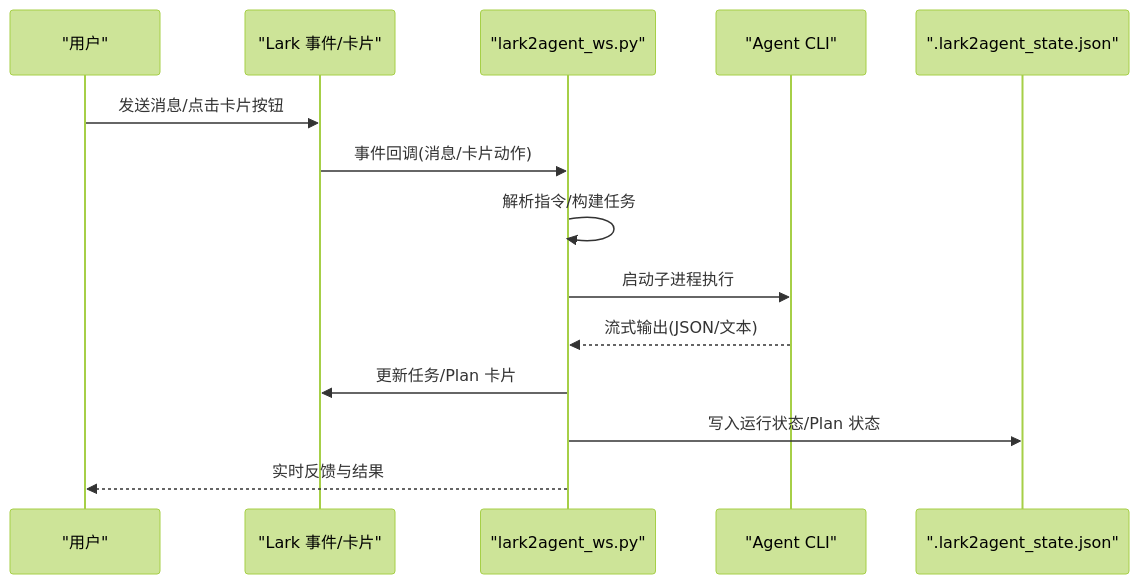
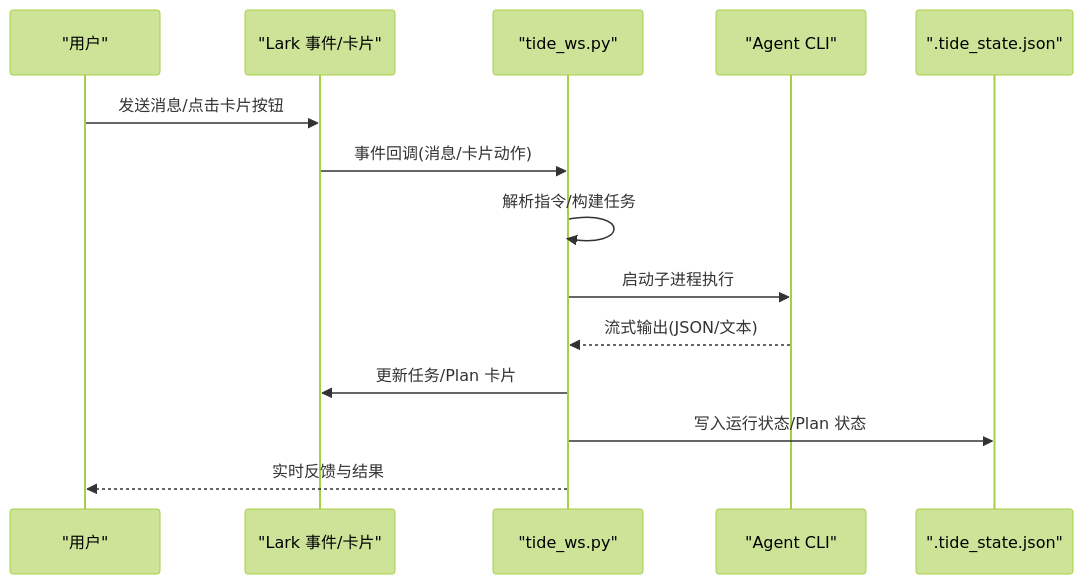
Before and after one commit to winditer/tide: the second of 4 diagrams in .qoder/repowiki/zh/content/部署和运维/监控和维护.md, drawn with Mermaid (forest theme). The commit also changed other lines of this file and 260 other files, not shown here.

````diff
--- a/.qoder/repowiki/zh/content/部署和运维/监控和维护.md
+++ b/.qoder/repowiki/zh/content/部署和运维/监控和维护.md
@@ -75,16 +75,16 @@
 ```mermaid
 sequenceDiagram
 participant U as "用户"
 participant L as "Lark 事件/卡片"
-participant S as "lark2agent_ws.py"
+participant S as "tide_ws.py"
 participant A as "Agent CLI"
-participant ST as ".lark2agent_state.json"
+participant ST as ".tide_state.json"
 U->>L : 发送消息/点击卡片按钮
 L->>S : 事件回调(消息/卡片动作)
 S->>S : 解析指令/构建任务
 S->>A : 启动子进程执行
 A-->>S : 流式输出(JSON/文本)
 S->>L : 更新任务/Plan 卡片
 S->>ST : 写入运行状态/Plan 状态
 S-->>U : 实时反馈与结果
 ```
````
